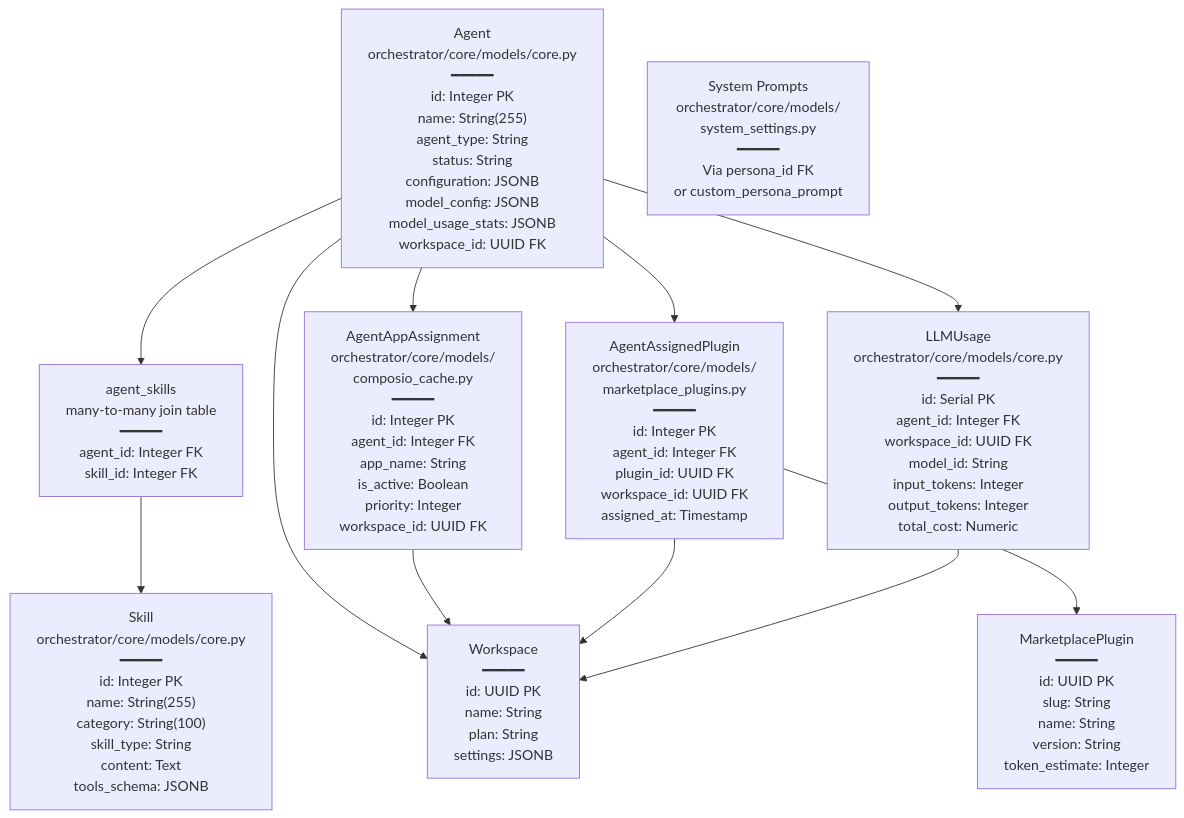
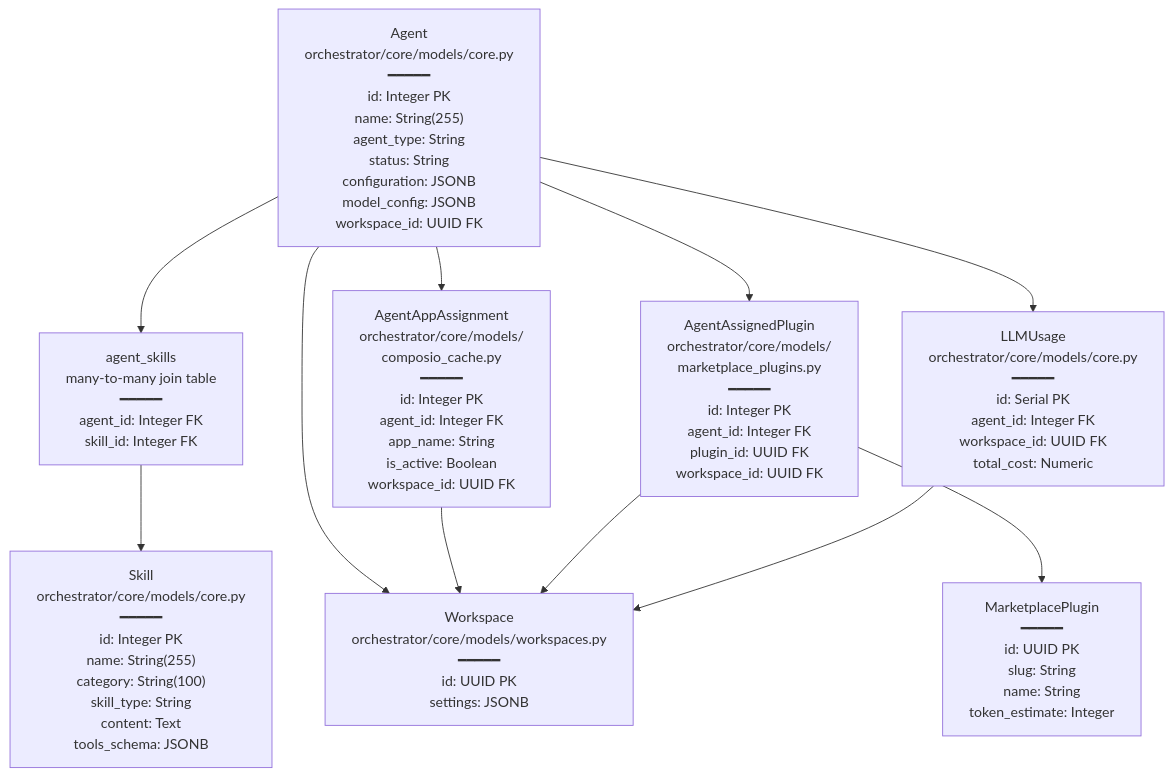
One commit to AutomatosAI/automatos-ai changed the first of 2 diagrams in docs/agents/_index.md. Above: the diagram before and after it, drawn with Mermaid. The commit also changed other lines of this file and 149 other files, not shown here.

Commit message:
docs: refresh documentation with graphify semantic scan

````diff
--- a/docs/agents/_index.md
+++ b/docs/agents/_index.md
@@ -63,31 +68,29 @@
 ```mermaid
 graph TB
-    Agent["Agent<br/>orchestrator/core/models/core.py<br/>━━━━━<br/>id: Integer PK<br/>name: String(255)<br/>agent_type: String<br/>status: String<br/>configuration: JSONB<br/>model_config: JSONB<br/>model_usage_stats: JSONB<br/>workspace_id: UUID FK"]
+    Agent["Agent<br/>orchestrator/core/models/core.py<br/>━━━━━<br/>id: Integer PK<br/>name: String(255)<br/>agent_type: String<br/>status: String<br/>configuration: JSONB<br/>model_config: JSONB<br/>workspace_id: UUID FK"]
     
     Skills["agent_skills<br/>many-to-many join table<br/>━━━━━<br/>agent_id: Integer FK<br/>skill_id: Integer FK"]
     
     SkillTable["Skill<br/>orchestrator/core/models/core.py<br/>━━━━━<br/>id: Integer PK<br/>name: String(255)<br/>category: String(100)<br/>skill_type: String<br/>content: Text<br/>tools_schema: JSONB"]
     
-    Tools["AgentAppAssignment<br/>orchestrator/core/models/<br/>composio_cache.py<br/>━━━━━<br/>id: Integer PK<br/>agent_id: Integer FK<br/>app_name: String<br/>is_active: Boolean<br/>priority: Integer<br/>workspace_id: UUID FK"]
+    Tools["AgentAppAssignment<br/>orchestrator/core/models/<br/>composio_cache.py<br/>━━━━━<br/>id: Integer PK<br/>agent_id: Integer FK<br/>app_name: String<br/>is_active: Boolean<br/>workspace_id: UUID FK"]
     
-    Plugins["AgentAssignedPlugin<br/>orchestrator/core/models/<br/>marketplace_plugins.py<br/>━━━━━<br/>id: Integer PK<br/>agent_id: Integer FK<br/>plugin_id: UUID FK<br/>workspace_id: UUID FK<br/>assigned_at: Timestamp"]
+    Plugins["AgentAssignedPlugin<br/>orchestrator/core/models/<br/>marketplace_plugins.py<br/>━━━━━<br/>id: Integer PK<br/>agent_id: Integer FK<br/>plugin_id: UUID FK<br/>workspace_id: UUID FK"]
     
-    PluginTable["MarketplacePlugin<br/>━━━━━<br/>id: UUID PK<br/>slug: String<br/>name: String<br/>version: String<br/>token_estimate: Integer"]
+    PluginTable["MarketplacePlugin<br/>━━━━━<br/>id: UUID PK<br/>slug: String<br/>name: String<br/>token_estimate: Integer"]
     
-    Persona["System Prompts<br/>orchestrator/core/models/<br/>system_settings.py<br/>━━━━━<br/>Via persona_id FK<br/>or custom_persona_prompt"]
+    Usage["LLMUsage<br/>orchestrator/core/models/core.py<br/>━━━━━<br/>id: Serial PK<br/>agent_id: Integer FK<br/>workspace_id: UUID FK<br/>total_cost: Numeric"]
     
-    Usage["LLMUsage<br/>orchestrator/core/models/core.py<br/>━━━━━<br/>id: Serial PK<br/>agent_id: Integer FK<br/>workspace_id: UUID FK<br/>model_id: String<br/>input_tokens: Integer<br/>output_tokens: Integer<br/>total_cost: Numeric"]
-    
-    Workspace["Workspace<br/>━━━━━<br/>id: UUID PK<br/>name: String<br/>plan: String<br/>settings: JSONB"]
+    Workspace["Workspace<br/>orchestrator/core/models/workspaces.py<br/>━━━━━<br/>id: UUID PK<br/>settings: JSONB"]
     
     Agent --> Skills
     Skills --> SkillTable
     Agent --> Tools
     Agent --> Plugins
     Plugins --> PluginTable
     Agent --> Usage
     Agent --> Workspace
     Tools --> Workspace
     Plugins --> Workspace
     Usage --> Workspace
 ```
````
